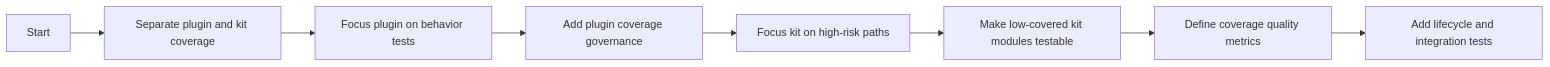
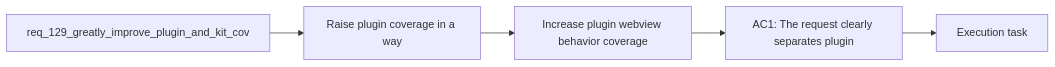
The diagram in logics/backlog/item_239_increase_plugin_webview_behavior_coverage_for_media_runtime_surfaces.md (AlexAgo83/logics-manager), drawn with Mermaid before and after one commit. The commit also changed 481 other files, not shown here.

````diff
--- a/logics/backlog/item_239_increase_plugin_webview_behavior_coverage_for_media_runtime_surfaces.md
+++ b/logics/backlog/item_239_increase_plugin_webview_behavior_coverage_for_media_runtime_surfaces.md
@@ -24,12 +24,9 @@
 ```mermaid
 %% logics-kind: backlog
 %% logics-signature: backlog|increase-plugin-webview-behavior-coverag|req-129-greatly-improve-plugin-and-kit-c|raise-plugin-coverage-in-a-way|ac1-the-request-clearly-separates-plugin
 flowchart LR
-    A[Start] --> B[Separate plugin and kit coverage]
-    B --> C[Focus plugin on behavior tests]
-    C --> D[Add plugin coverage governance]
-    D --> E[Focus kit on high-risk paths]
-    E --> F[Make low-covered kit modules testable]
-    F --> G[Define coverage quality metrics]
-    G --> H[Add lifecycle and integration tests]
+    Request[req_129_greatly_improve_plugin_and_kit_cov] --> Problem[Raise plugin coverage in a way]
+    Problem --> Scope[Increase plugin webview behavior coverage]
+    Scope --> Acceptance[AC1: The request clearly separates plugin]
+    Acceptance --> Tasks[Execution task]
 ```
````
